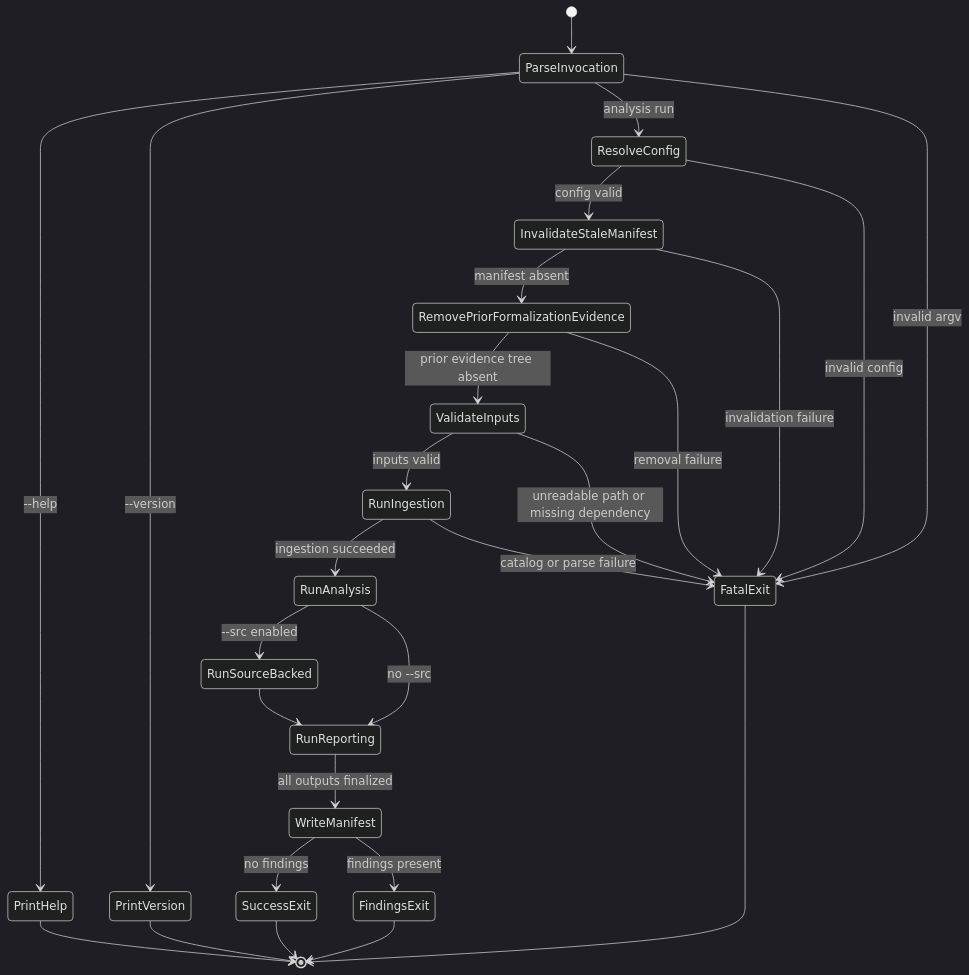
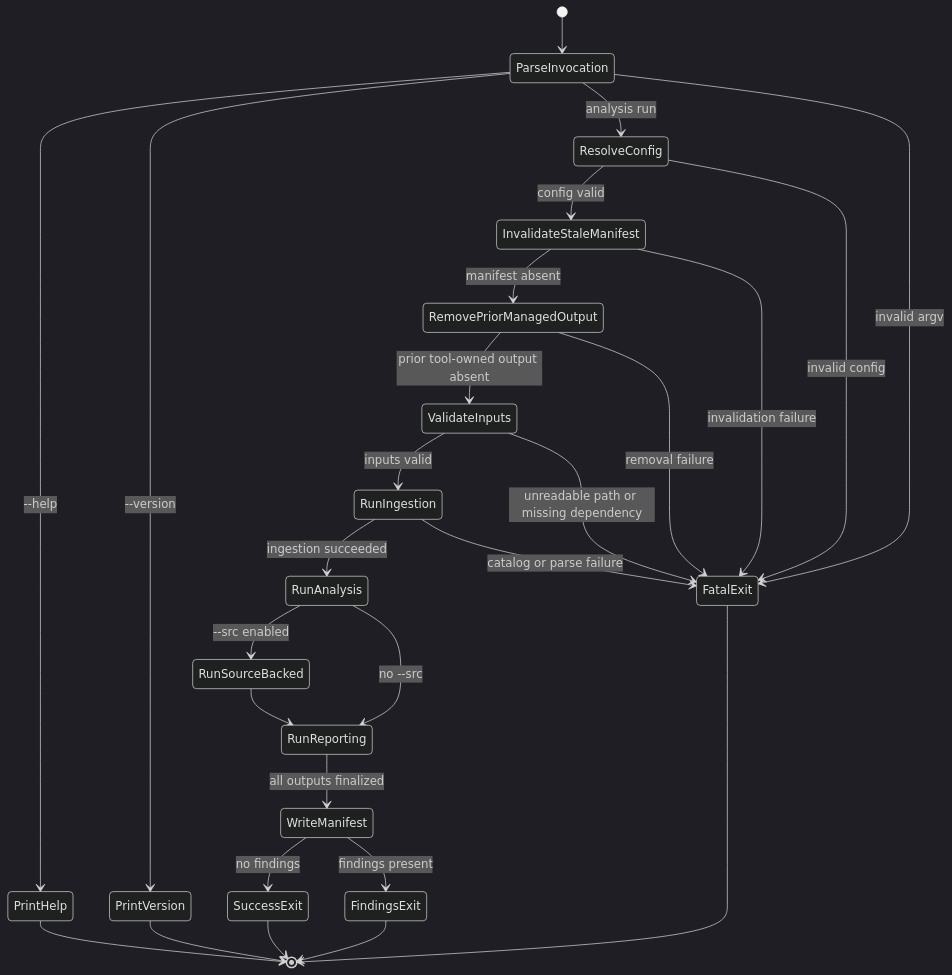
Before and after one commit to ohpauleez/spec-check: the fourth of 13 diagrams in docs/design.md, drawn with Mermaid (dark theme). The commit also changed other lines of this file and 17 other files, not shown here.

````diff
--- a/docs/design.md
+++ b/docs/design.md
@@ -618,29 +618,29 @@
 ```mermaid
 stateDiagram-v2
     [*] --> ParseInvocation
     ParseInvocation --> PrintHelp: --help
     ParseInvocation --> PrintVersion: --version
     ParseInvocation --> ResolveConfig: analysis run
     ParseInvocation --> FatalExit: invalid argv
     ResolveConfig --> InvalidateStaleManifest: config valid
     ResolveConfig --> FatalExit: invalid config
-    InvalidateStaleManifest --> RemovePriorFormalizationEvidence: manifest absent
+    InvalidateStaleManifest --> RemovePriorManagedOutput: manifest absent
     InvalidateStaleManifest --> FatalExit: invalidation failure
-    RemovePriorFormalizationEvidence --> ValidateInputs: prior evidence tree absent
-    RemovePriorFormalizationEvidence --> FatalExit: removal failure
+    RemovePriorManagedOutput --> ValidateInputs: prior tool-owned output absent
+    RemovePriorManagedOutput --> FatalExit: removal failure
     ValidateInputs --> RunIngestion: inputs valid
     ValidateInputs --> FatalExit: unreadable path or missing dependency
     RunIngestion --> RunAnalysis: ingestion succeeded
     RunIngestion --> FatalExit: catalog or parse failure
     RunAnalysis --> RunSourceBacked: --src enabled
     RunAnalysis --> RunReporting: no --src
     RunSourceBacked --> RunReporting
     RunReporting --> WriteManifest: all outputs finalized
     WriteManifest --> SuccessExit: no findings
     WriteManifest --> FindingsExit: findings present
     FatalExit --> [*]
     PrintHelp --> [*]
     PrintVersion --> [*]
     SuccessExit --> [*]
     FindingsExit --> [*]
 ```
````
